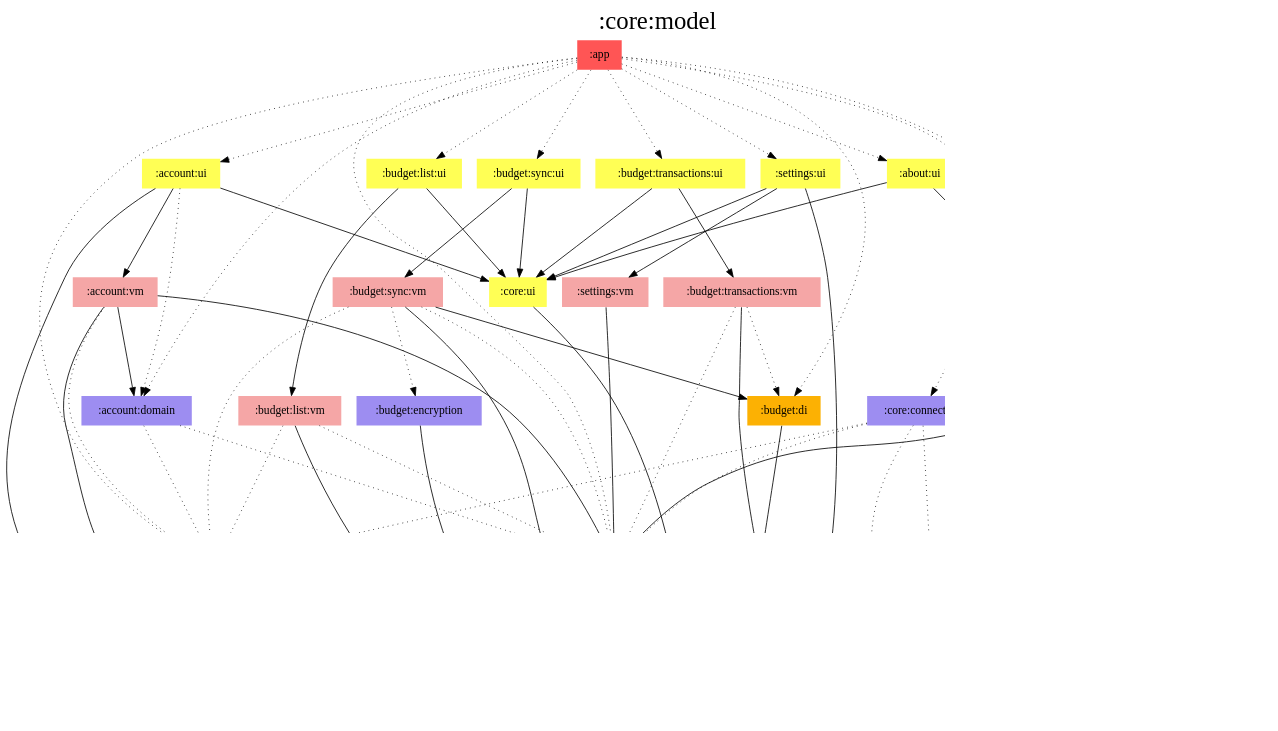
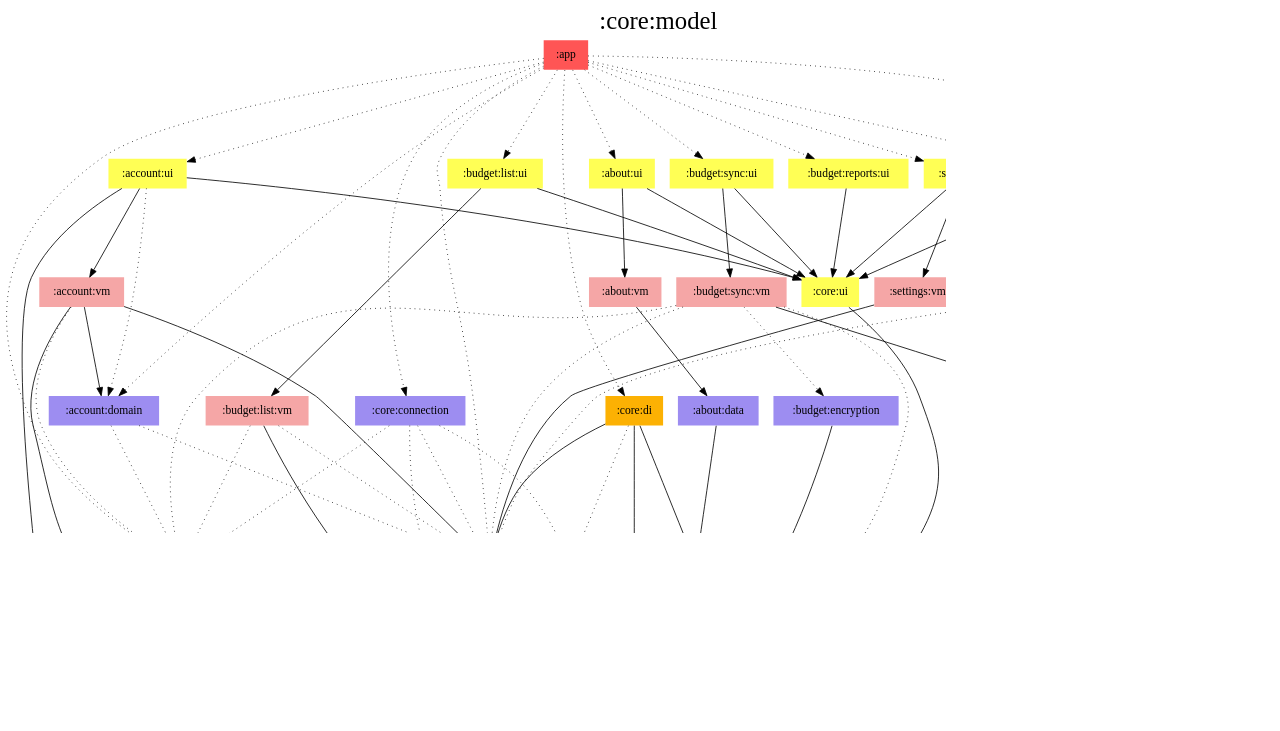
Before and after one commit to jonapoul/aktual: the diagram in modules/core/model/modules.dot, drawn with Graphviz. The commit also changed 51 other files, not shown here.

```diff
--- a/modules/core/model/modules.dot
+++ b/modules/core/model/modules.dot
@@ -1,112 +1,115 @@
 digraph {
 edge ["dir"="forward"]
 graph ["dpi"="100","label"=":core:model","labelloc"="t","fontsize"="30","ranksep"="1.5","rankdir"="TB"]
 node ["style"="filled"]
 ":about:data" ["fillcolor"="#9D8DF1","shape"="none"]
 ":about:ui" ["fillcolor"="#FFFF55","shape"="none"]
 ":about:vm" ["fillcolor"="#F5A6A6","shape"="none"]
 ":account:domain" ["fillcolor"="#9D8DF1","shape"="none"]
 ":account:ui" ["fillcolor"="#FFFF55","shape"="none"]
 ":account:vm" ["fillcolor"="#F5A6A6","shape"="none"]
 ":api:actual" ["fillcolor"="#9D8DF1","shape"="none"]
 ":api:builder" ["fillcolor"="#9D8DF1","shape"="none"]
 ":api:github" ["fillcolor"="#9D8DF1","shape"="none"]
 ":app" ["fillcolor"="#FF5555","shape"="none"]
 ":budget:data" ["fillcolor"="#9D8DF1","shape"="none"]
 ":budget:di" ["fillcolor"="#FCB103","shape"="none"]
 ":budget:encryption" ["fillcolor"="#9D8DF1","shape"="none"]
 ":budget:list:ui" ["fillcolor"="#FFFF55","shape"="none"]
 ":budget:list:vm" ["fillcolor"="#F5A6A6","shape"="none"]
+":budget:reports:ui" ["fillcolor"="#FFFF55","shape"="none"]
 ":budget:sync:ui" ["fillcolor"="#FFFF55","shape"="none"]
 ":budget:sync:vm" ["fillcolor"="#F5A6A6","shape"="none"]
 ":budget:transactions:ui" ["fillcolor"="#FFFF55","shape"="none"]
 ":budget:transactions:vm" ["fillcolor"="#F5A6A6","shape"="none"]
 ":core:connection" ["fillcolor"="#9D8DF1","shape"="none"]
 ":core:di" ["fillcolor"="#FCB103","shape"="none"]
 ":core:model" ["fillcolor"="#9D8DF1","color"="black","penwidth"="3","shape"="box"]
 ":core:ui" ["fillcolor"="#FFFF55","shape"="none"]
 ":prefs" ["fillcolor"="#9D8DF1","shape"="none"]
 ":settings:ui" ["fillcolor"="#FFFF55","shape"="none"]
 ":settings:vm" ["fillcolor"="#F5A6A6","shape"="none"]
 {
 edge ["dir"="none"]
 graph ["rank"="same"]
 ":core:model"
 }
 ":about:data" -> ":api:github"
 ":about:ui" -> ":about:vm"
 ":about:ui" -> ":core:ui"
 ":about:vm" -> ":about:data"
 ":account:domain" -> ":api:actual" ["style"="dotted"]
 ":account:domain" -> ":prefs" ["style"="dotted"]
 ":account:ui" -> ":account:domain" ["style"="dotted"]
 ":account:ui" -> ":account:vm"
 ":account:ui" -> ":core:model"
 ":account:ui" -> ":core:ui"
 ":account:vm" -> ":account:domain"
 ":account:vm" -> ":api:actual" ["style"="dotted"]
 ":account:vm" -> ":core:model"
 ":account:vm" -> ":prefs"
 ":api:actual" -> ":core:model"
 ":api:builder" -> ":core:model"
 ":api:github" -> ":core:model"
 ":app" -> ":about:ui" ["style"="dotted"]
 ":app" -> ":account:domain" ["style"="dotted"]
 ":app" -> ":account:ui" ["style"="dotted"]
 ":app" -> ":api:actual" ["style"="dotted"]
 ":app" -> ":budget:di" ["style"="dotted"]
 ":app" -> ":budget:list:ui" ["style"="dotted"]
+":app" -> ":budget:reports:ui" ["style"="dotted"]
 ":app" -> ":budget:sync:ui" ["style"="dotted"]
 ":app" -> ":budget:transactions:ui" ["style"="dotted"]
 ":app" -> ":core:connection" ["style"="dotted"]
 ":app" -> ":core:di" ["style"="dotted"]
 ":app" -> ":prefs" ["style"="dotted"]
 ":app" -> ":settings:ui" ["style"="dotted"]
 ":budget:data" -> ":core:model"
 ":budget:di" -> ":budget:data"
 ":budget:encryption" -> ":core:model"
 ":budget:list:ui" -> ":budget:list:vm"
 ":budget:list:ui" -> ":core:ui"
 ":budget:list:vm" -> ":api:actual" ["style"="dotted"]
 ":budget:list:vm" -> ":core:model"
 ":budget:list:vm" -> ":prefs" ["style"="dotted"]
+":budget:reports:ui" -> ":core:ui"
 ":budget:sync:ui" -> ":budget:sync:vm"
 ":budget:sync:ui" -> ":core:ui"
 ":budget:sync:vm" -> ":api:actual" ["style"="dotted"]
 ":budget:sync:vm" -> ":budget:di"
 ":budget:sync:vm" -> ":budget:encryption" ["style"="dotted"]
-":budget:sync:vm" -> ":core:model"
+":budget:sync:vm" -> ":core:model" ["style"="dotted"]
 ":budget:sync:vm" -> ":prefs" ["style"="dotted"]
 ":budget:transactions:ui" -> ":budget:transactions:vm"
 ":budget:transactions:ui" -> ":core:ui"
 ":budget:transactions:vm" -> ":budget:data"
 ":budget:transactions:vm" -> ":budget:di" ["style"="dotted"]
 ":budget:transactions:vm" -> ":prefs" ["style"="dotted"]
 ":core:connection" -> ":api:actual" ["style"="dotted"]
 ":core:connection" -> ":api:builder" ["style"="dotted"]
 ":core:connection" -> ":core:model" ["style"="dotted"]
 ":core:connection" -> ":prefs" ["style"="dotted"]
 ":core:di" -> ":api:builder" ["style"="dotted"]
 ":core:di" -> ":api:github"
 ":core:di" -> ":core:model"
 ":core:di" -> ":prefs"
 ":core:ui" -> ":core:model"
 ":prefs" -> ":core:model"
 ":settings:ui" -> ":core:model"
 ":settings:ui" -> ":core:ui"
 ":settings:ui" -> ":settings:vm"
 ":settings:vm" -> ":prefs"
 subgraph "cluster_legend" {
 edge ["dir"="none"]
 graph ["label"="Legend","fontsize"="20"]
 "Legend" ["style"="filled","fillcolor"="#FFFFFF","shape"="none","margin"="0","fontsize"="15","label"=<
 <TABLE BORDER="0" CELLBORDER="0" CELLSPACING="0" CELLPADDING="4">
 <TR><TD>App</TD><TD BGCOLOR="#FF5555">module-name</TD></TR>
 <TR><TD>ViewModel</TD><TD BGCOLOR="#F5A6A6">module-name</TD></TR>
 <TR><TD>Hilt</TD><TD BGCOLOR="#FCB103">module-name</TD></TR>
 <TR><TD>Compose</TD><TD BGCOLOR="#FFFF55">module-name</TD></TR>
 <TR><TD>Multiplatform</TD><TD BGCOLOR="#9D8DF1">module-name</TD></TR>
 </TABLE>
 >]
 } -> ":core:model" ["style"="invis"]
 }
```
